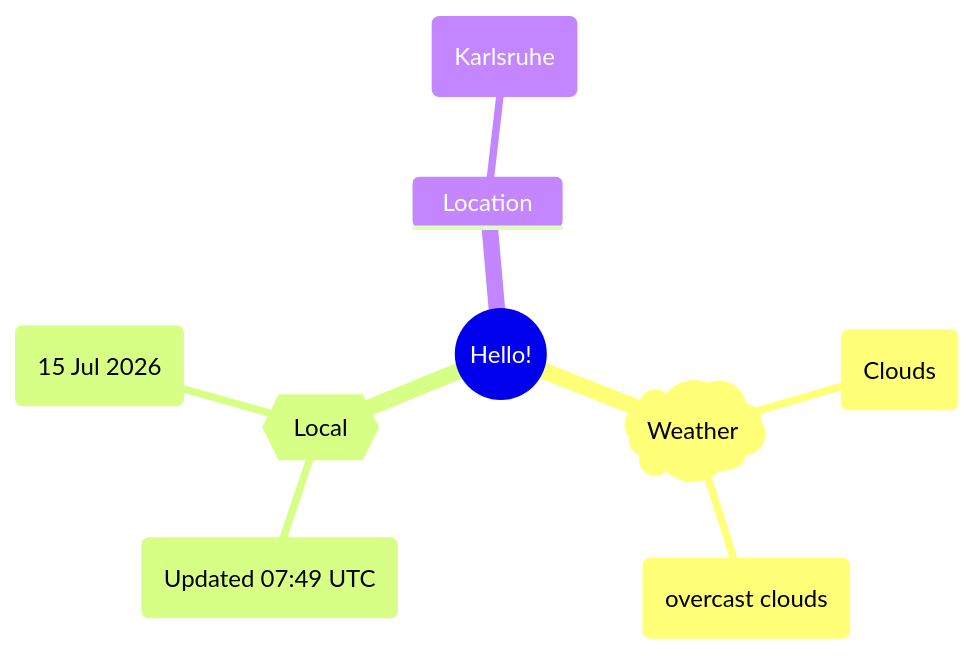
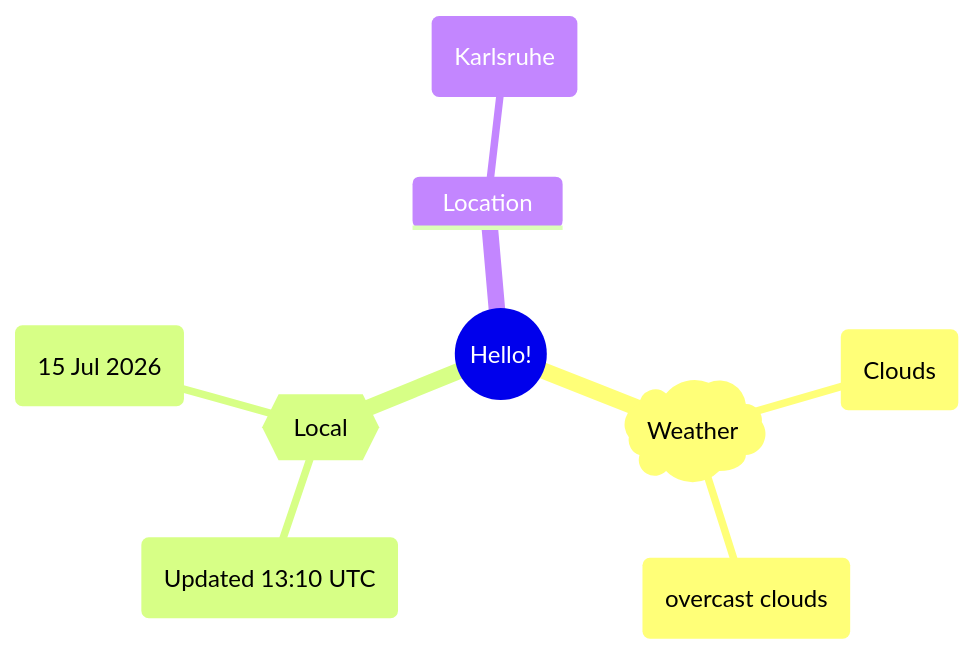
Before and after one commit to Xosrov/Xosrov: the first of 2 diagrams in README.md, drawn with Mermaid.

Commit message:
[bot] updated images

````diff
--- a/README.md
+++ b/README.md
@@ -3,12 +3,12 @@
 ```mermaid
 mindmap
   root((Hello!))
     )Weather(
         (Clouds)
         (overcast clouds)
     {{Local}}
-        (Updated 07:49 UTC)
+        (Updated 13:10 UTC)
         (15 Jul 2026)
     Location
         (Karlsruhe)
 ```
````
